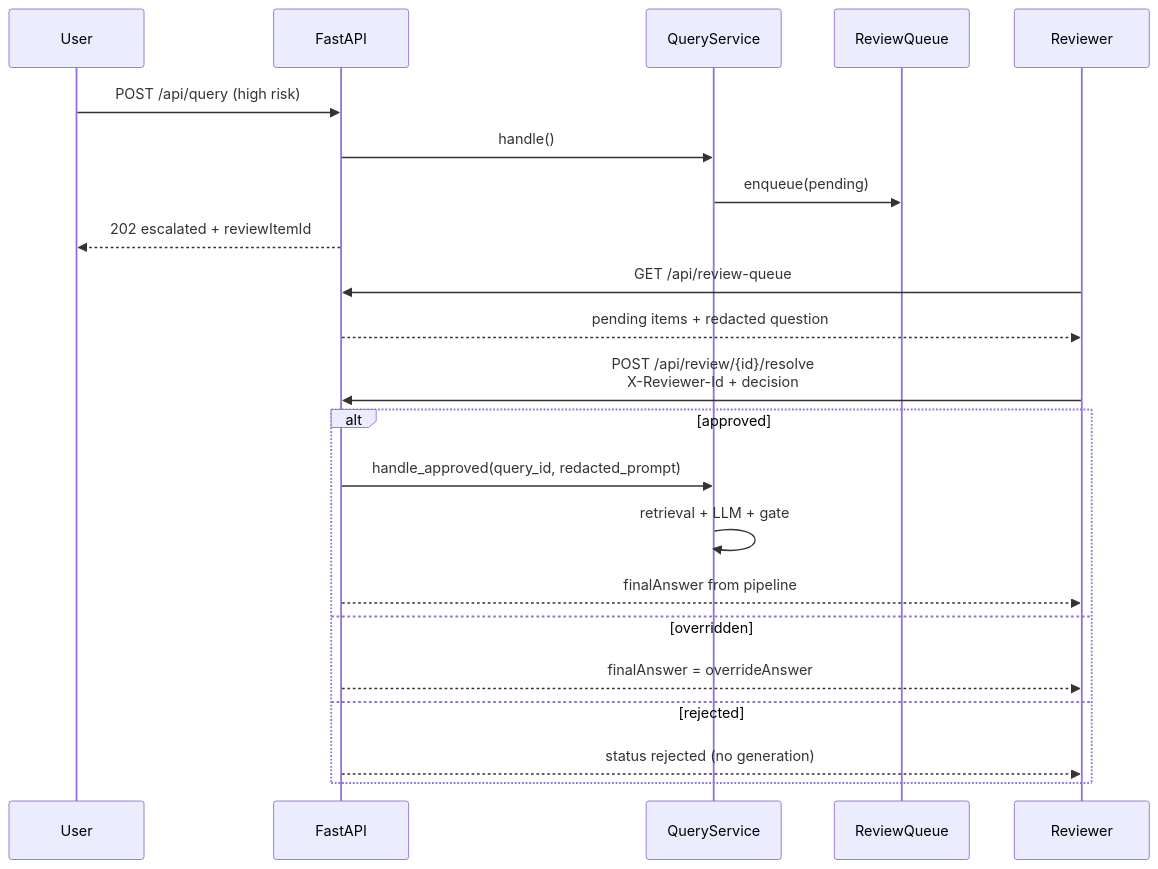
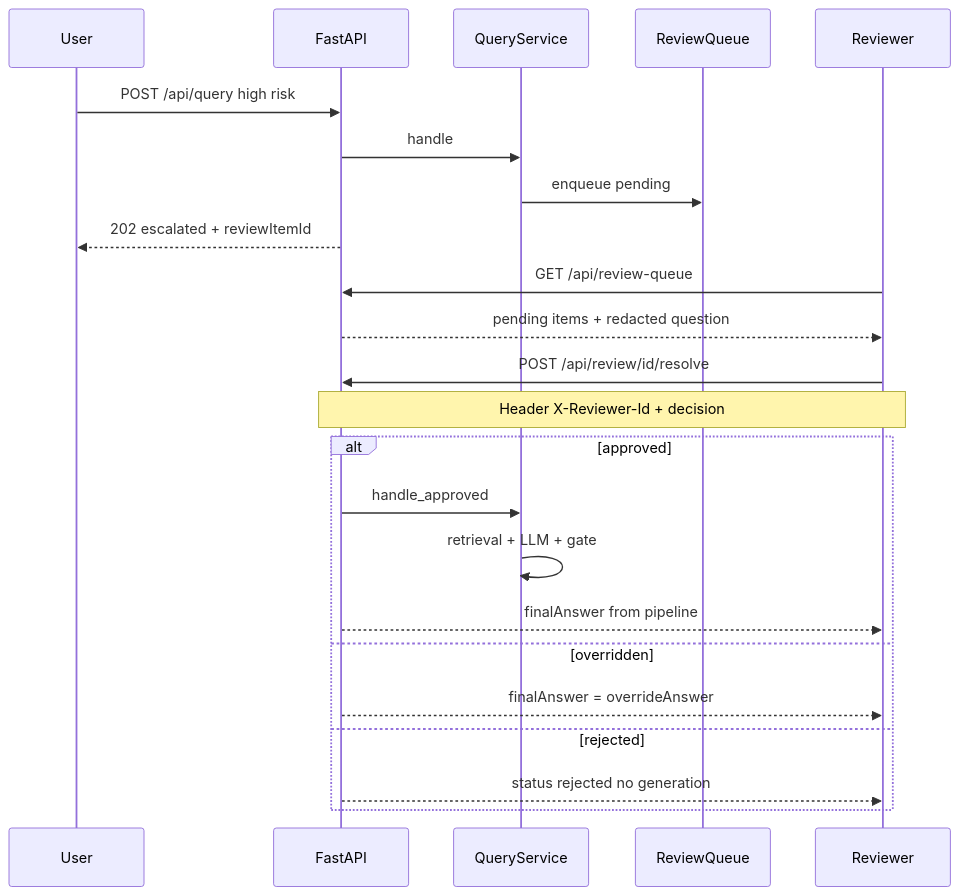
One commit to cipheraxat/policyguard changed the eighth of 12 diagrams in interviewprep.md. Above: the diagram before and after it, drawn with Mermaid. The commit also changed other lines of this file, not shown here.

First line of the commit message:
Fix interview prep diagrams with reliable Mermaid flows.

````diff
--- a/interviewprep.md
+++ b/interviewprep.md
@@ -269,27 +339,29 @@
 ```mermaid
 sequenceDiagram
     participant U as User
     participant API as FastAPI
     participant QS as QueryService
     participant RQ as ReviewQueue
     participant R as Reviewer
 
-    U->>API: POST /api/query (high risk)
-    API->>QS: handle()
-    QS->>RQ: enqueue(pending)
+    U->>API: POST /api/query high risk
+    API->>QS: handle
+    QS->>RQ: enqueue pending
     API-->>U: 202 escalated + reviewItemId
 
     R->>API: GET /api/review-queue
     API-->>R: pending items + redacted question
 
-    R->>API: POST /api/review/{id}/resolve<br/>X-Reviewer-Id + decision
+    R->>API: POST /api/review/id/resolve
+    Note over R,API: Header X-Reviewer-Id + decision
+
     alt approved
-        API->>QS: handle_approved(query_id, redacted_prompt)
+        API->>QS: handle_approved
         QS->>QS: retrieval + LLM + gate
         API-->>R: finalAnswer from pipeline
     else overridden
         API-->>R: finalAnswer = overrideAnswer
     else rejected
-        API-->>R: status rejected (no generation)
+        API-->>R: status rejected no generation
     end
 ```
````
